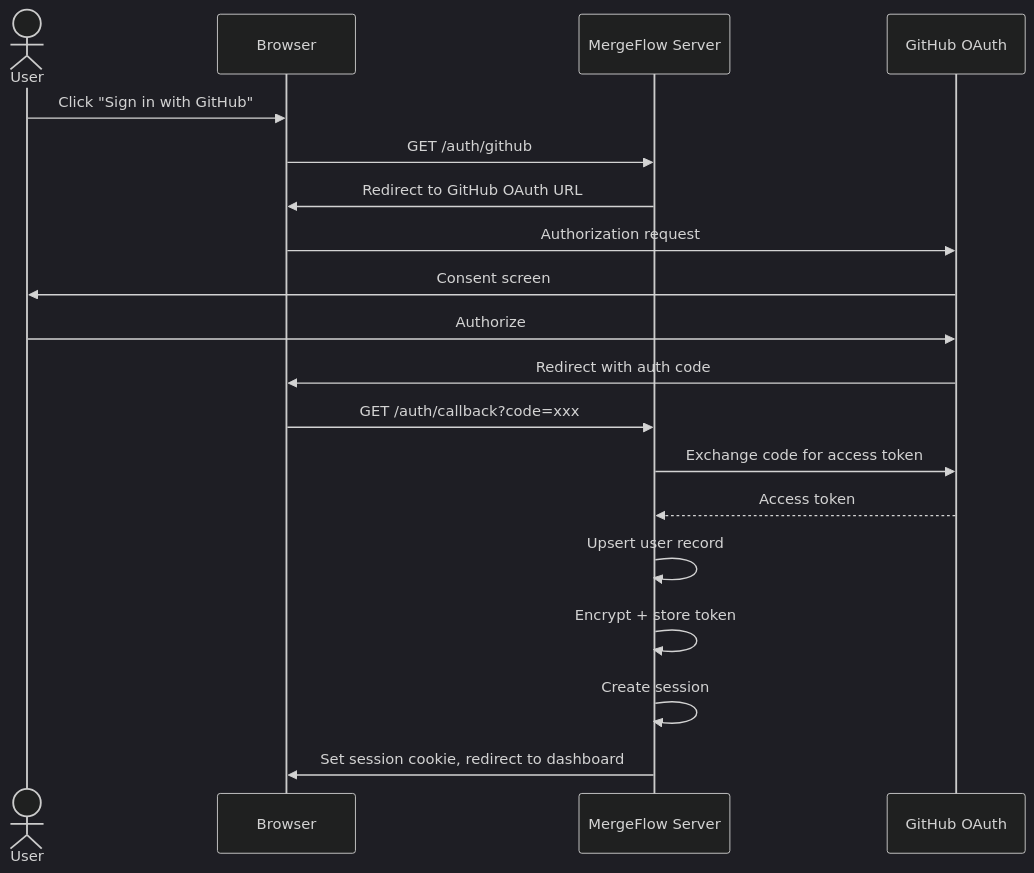
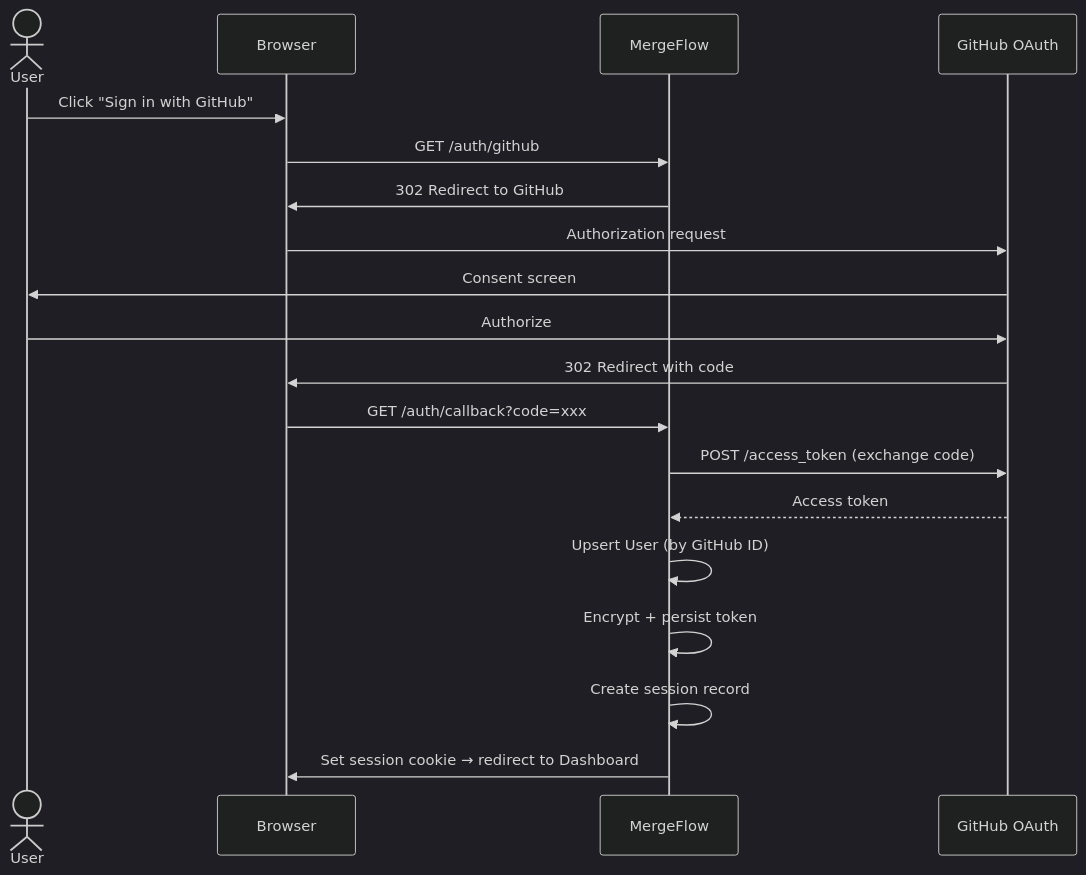
Before and after one commit to sankar-chaitanya2025/MergeFlow: the fourth of 10 diagrams in docs/03-system-architecture.md, drawn with Mermaid (dark theme). The commit also changed other lines of this file, not shown here.

Commit message:
docs: revise architecture ADRs and add canonical C4 diagrams

````diff
--- a/docs/03-system-architecture.md
+++ b/docs/03-system-architecture.md
@@ -219,22 +248,22 @@
 ```mermaid
 sequenceDiagram
     actor User
     participant Browser
-    participant Server as MergeFlow Server
+    participant Server as MergeFlow
     participant GitHub as GitHub OAuth
 
     User->>Browser: Click "Sign in with GitHub"
     Browser->>Server: GET /auth/github
-    Server->>Browser: Redirect to GitHub OAuth URL
+    Server->>Browser: 302 Redirect to GitHub
     Browser->>GitHub: Authorization request
     GitHub->>User: Consent screen
     User->>GitHub: Authorize
-    GitHub->>Browser: Redirect with auth code
+    GitHub->>Browser: 302 Redirect with code
     Browser->>Server: GET /auth/callback?code=xxx
-    Server->>GitHub: Exchange code for access token
+    Server->>GitHub: POST /access_token (exchange code)
     GitHub-->>Server: Access token
-    Server->>Server: Upsert user record
-    Server->>Server: Encrypt + store token
-    Server->>Server: Create session
-    Server->>Browser: Set session cookie, redirect to dashboard
+    Server->>Server: Upsert User (by GitHub ID)
+    Server->>Server: Encrypt + persist token
+    Server->>Server: Create session record
+    Server->>Browser: Set session cookie → redirect to Dashboard
 ```
````
